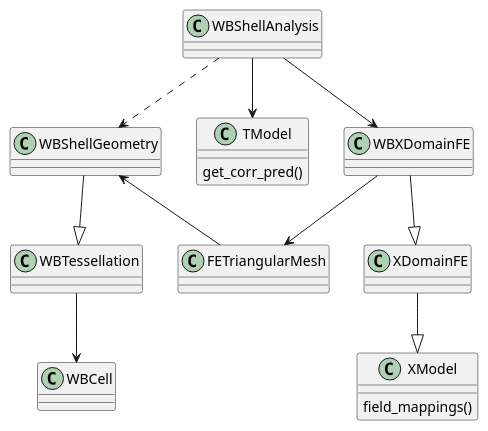
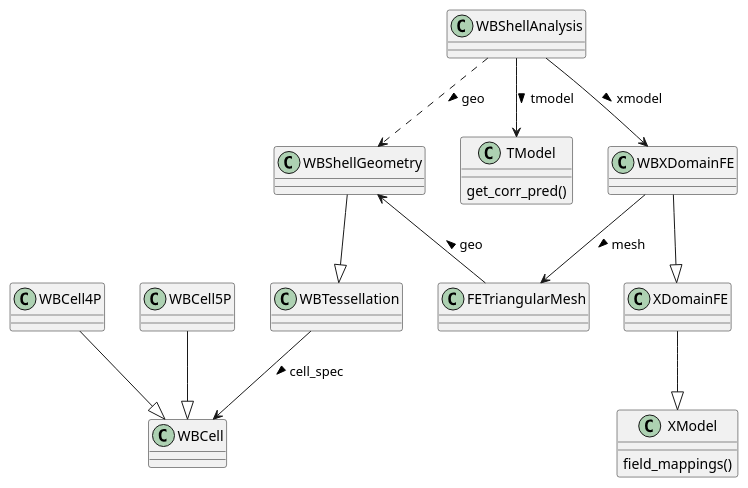
The diagram in bmcs_shell/folding/class_diagram.puml (bmcs-group/bmcs_shell), drawn with PlantUML before and after one commit. The commit also changed 5 other files, not shown here.

Commit message:
split geo and mesh, need map between geo_bc and mesh_bc

```diff
--- a/bmcs_shell/folding/class_diagram.puml
+++ b/bmcs_shell/folding/class_diagram.puml
@@ -1,44 +1,54 @@
 @startuml
 'https://plantuml.com/class-diagram
 
 class WBCell {
 }
 
+class WBCell4P{
+}
+
+class WBCell5P{
+}
+
+WBCell4P --|> WBCell
+
+WBCell5P --|> WBCell
+
 class WBTessellation {
 
 }
 
-WBTessellation --> WBCell
+WBTessellation --> WBCell: cell_spec >
 
 class FETriangularMesh{
 }
 
 class WBShellGeometry{
 }
 
 WBShellGeometry --|> WBTessellation
 
-WBShellGeometry <-- FETriangularMesh
+WBShellGeometry <-- FETriangularMesh : geo <
 
 
 class TModel{
     get_corr_pred()
 }
 
 class XModel{
     field_mappings()
 }
 
 class WBXDomainFE{
 }
 
 XDomainFE --|> XModel
 WBXDomainFE --|> XDomainFE
 
-WBXDomainFE --> FETriangularMesh
+WBXDomainFE --> FETriangularMesh : mesh >
 
-WBShellAnalysis ..> WBShellGeometry
-WBShellAnalysis --> TModel
-WBShellAnalysis --> WBXDomainFE
+WBShellAnalysis ..> WBShellGeometry : geo >
+WBShellAnalysis --> TModel : tmodel >
+WBShellAnalysis --> WBXDomainFE : xmodel >
 
 @enduml
```
